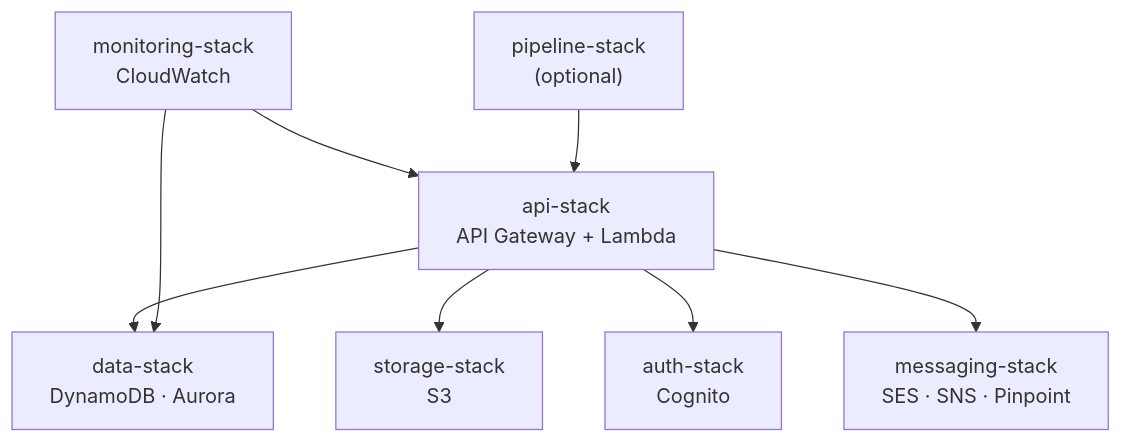
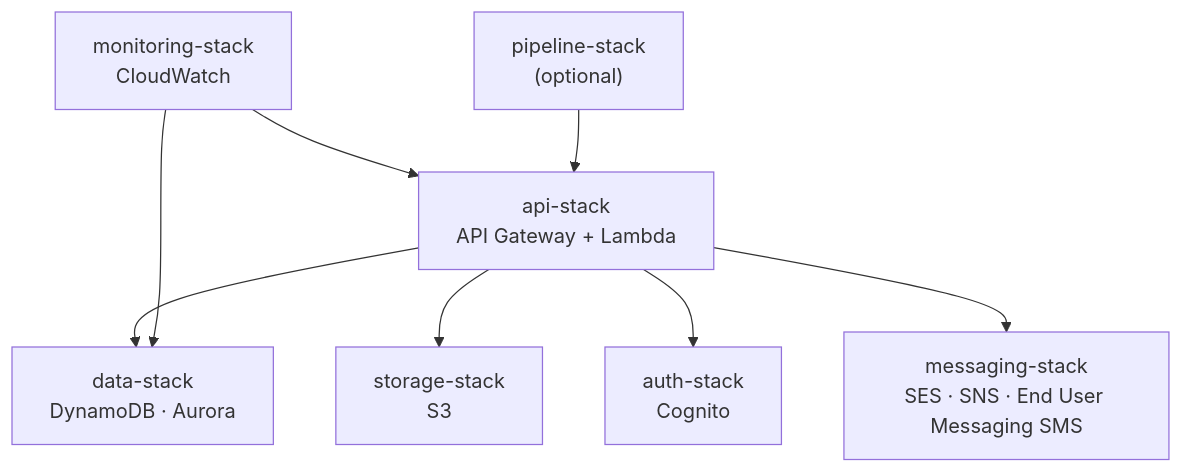
The diagram in references/aws-deployment.md (dougdevitre/access-for-seniors), drawn with Mermaid before and after one commit. The commit also changed other lines of this file and 7 other files, not shown here.

First line of the commit message:
Replace Amazon Pinpoint with End User Messaging SMS; drop retired Sonnet 4 ID

````diff
--- a/references/aws-deployment.md
+++ b/references/aws-deployment.md
@@ -18,18 +18,18 @@
 ```mermaid
 flowchart TD
     Data["data-stack<br/>DynamoDB · Aurora"]
     Storage["storage-stack<br/>S3"]
     Auth["auth-stack<br/>Cognito"]
-    Messaging["messaging-stack<br/>SES · SNS · Pinpoint"]
+    Messaging["messaging-stack<br/>SES · SNS · End User Messaging SMS"]
     API["api-stack<br/>API Gateway + Lambda"]
     Monitoring["monitoring-stack<br/>CloudWatch"]
     Pipeline["pipeline-stack<br/>(optional)"]
 
     API --> Data
     API --> Storage
     API --> Auth
     API --> Messaging
     Monitoring --> API
     Monitoring --> Data
     Pipeline --> API
 ```
````
